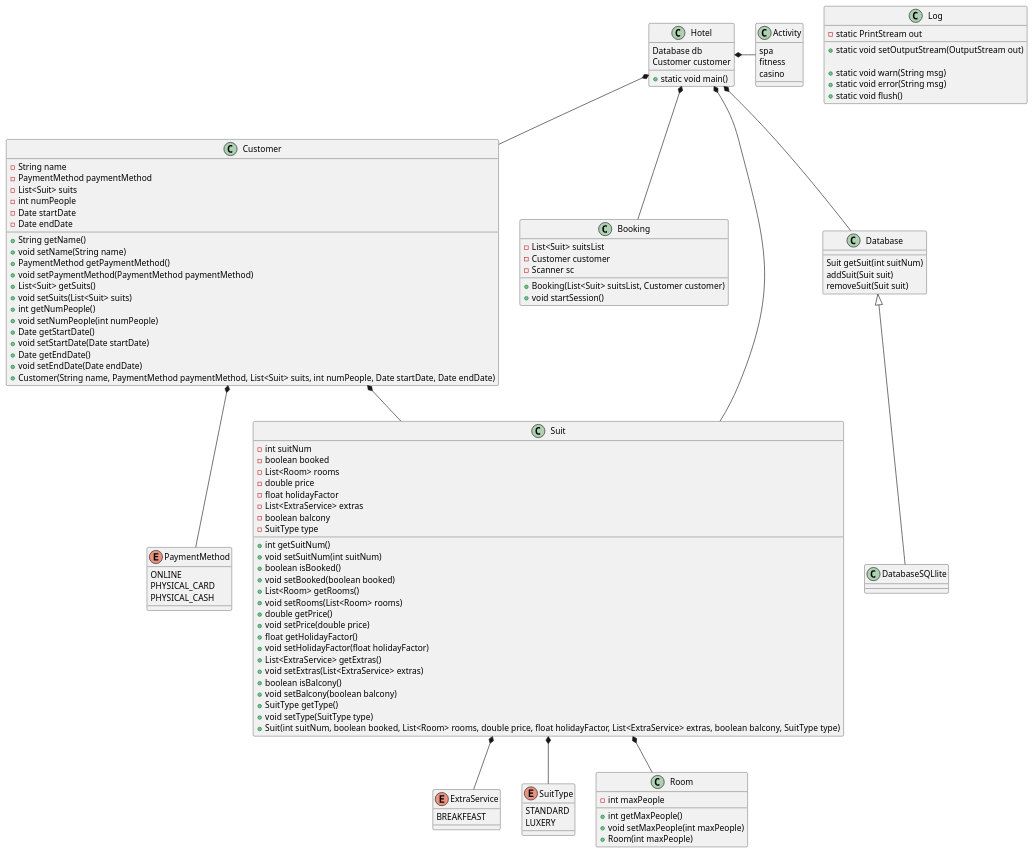
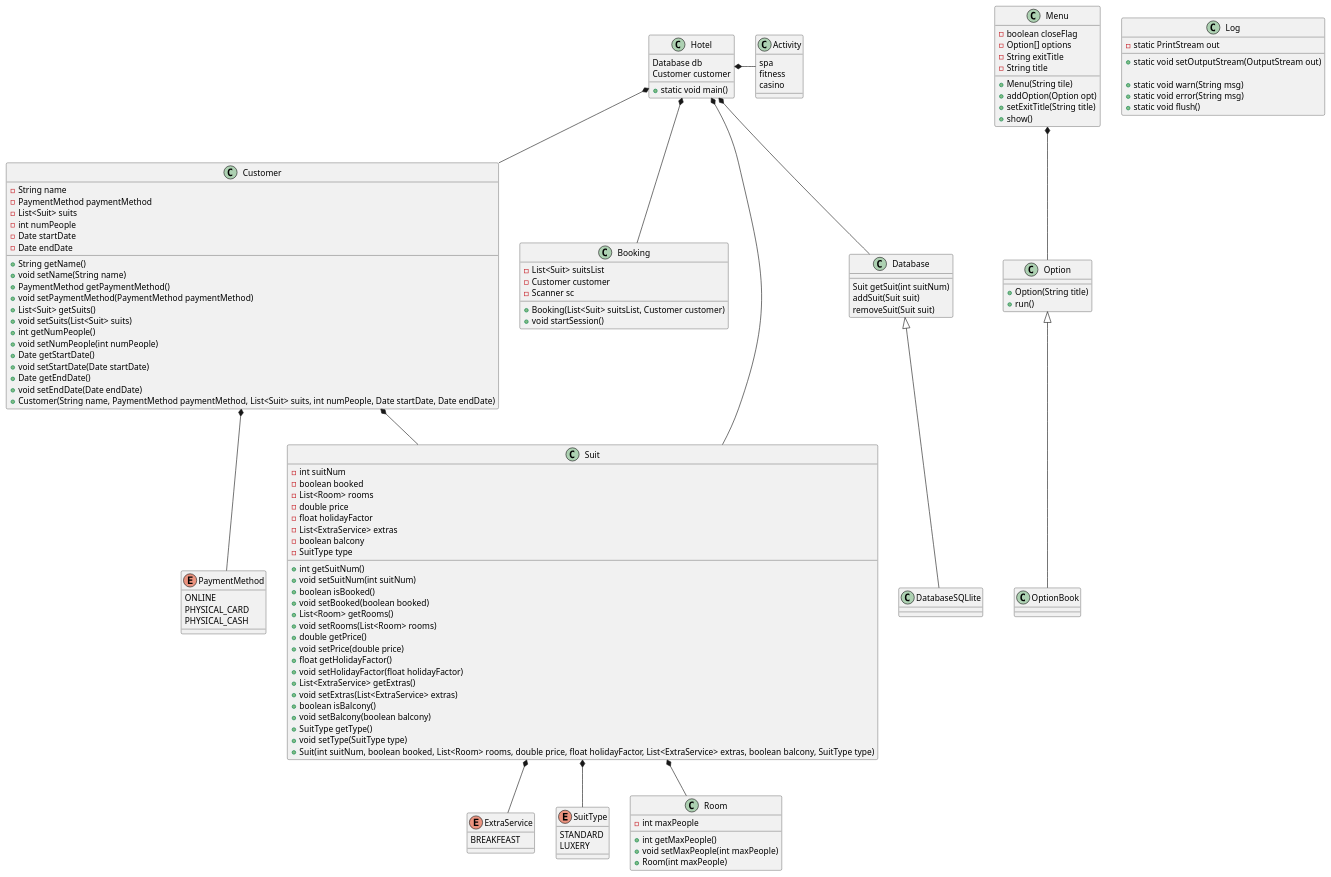
One commit to AsgerLA/SP4 changed the diagram in doc/class.puml. Above: the diagram before and after it, drawn with PlantUML. The commit also changed 1 other file, not shown here.

Commit message:
update doc diagrams

```diff
--- a/doc/class.puml
+++ b/doc/class.puml
@@ -1,119 +1,138 @@
 @startuml
+
+class Menu {
+    - boolean closeFlag
+    - Option[] options
+    - String exitTitle
+    - String title
+
+    + Menu(String tile)
+    + addOption(Option opt)
+    + setExitTitle(String title)
+    + show()
+}
+
+class Option {
+    + Option(String title)
+    + run()
+}
+Menu *-- Option
+class OptionBook extends Option {}
 
 class Hotel {
     Database db
     Customer customer
     + static void main()
 }
 enum PaymentMethod {
     ONLINE
     PHYSICAL_CARD
     PHYSICAL_CASH
 }
 class Customer {
     - String name
     - PaymentMethod paymentMethod
     - List<Suit> suits
     - int numPeople
     - Date startDate
     - Date endDate
     + String getName()
         + void setName(String name)
         + PaymentMethod getPaymentMethod()
         + void setPaymentMethod(PaymentMethod paymentMethod)
         + List<Suit> getSuits()
         + void setSuits(List<Suit> suits)
         + int getNumPeople()
         + void setNumPeople(int numPeople)
         + Date getStartDate()
         + void setStartDate(Date startDate)
         + Date getEndDate()
         + void setEndDate(Date endDate)
         + Customer(String name, PaymentMethod paymentMethod, List<Suit> suits, int numPeople, Date startDate, Date endDate)
 }
 
 class Activity {
     spa
     fitness
     casino
 }
 class Booking {
      - List<Suit> suitsList
      - Customer customer
      - Scanner sc
      + Booking(List<Suit> suitsList, Customer customer)
      + void startSession()
  }
 
 
 enum ExtraService {
     BREAKFEAST
 }
 class Suit {
     - int suitNum
     - boolean booked
     - List<Room> rooms
     - double price
     - float holidayFactor
     - List<ExtraService> extras
     - boolean balcony
     - SuitType type
     + int getSuitNum()
         + void setSuitNum(int suitNum)
         + boolean isBooked()
         + void setBooked(boolean booked)
         + List<Room> getRooms()
         + void setRooms(List<Room> rooms)
         + double getPrice()
         + void setPrice(double price)
         + float getHolidayFactor()
         + void setHolidayFactor(float holidayFactor)
         + List<ExtraService> getExtras()
         + void setExtras(List<ExtraService> extras)
         + boolean isBalcony()
         + void setBalcony(boolean balcony)
         + SuitType getType()
         + void setType(SuitType type)
         + Suit(int suitNum, boolean booked, List<Room> rooms, double price, float holidayFactor, List<ExtraService> extras, boolean balcony, SuitType type)
 }
 enum SuitType {
     STANDARD
     LUXERY
 }
 class Room {
     - int maxPeople
     + int getMaxPeople()
     + void setMaxPeople(int maxPeople)
     + Room(int maxPeople)
 }
 
 class Database {
     Suit getSuit(int suitNum)
     addSuit(Suit suit)
     removeSuit(Suit suit)
 }
 
 class DatabaseSQLlite extends Database {
 
 }
 
 class Log {
     - static PrintStream out
     + static void setOutputStream(OutputStream out)
 
     + static void warn(String msg)
     + static void error(String msg)
     + static void flush()
 }
 
 Hotel *- Activity
 Hotel *-- Database
 Customer *-- PaymentMethod
 Customer *-- Suit
 Suit *-- Room
 Suit *-- ExtraService
 Suit *-- SuitType
 Hotel *-- Suit
 Hotel *-- Customer
 Hotel *-- Booking
 @enduml
```
